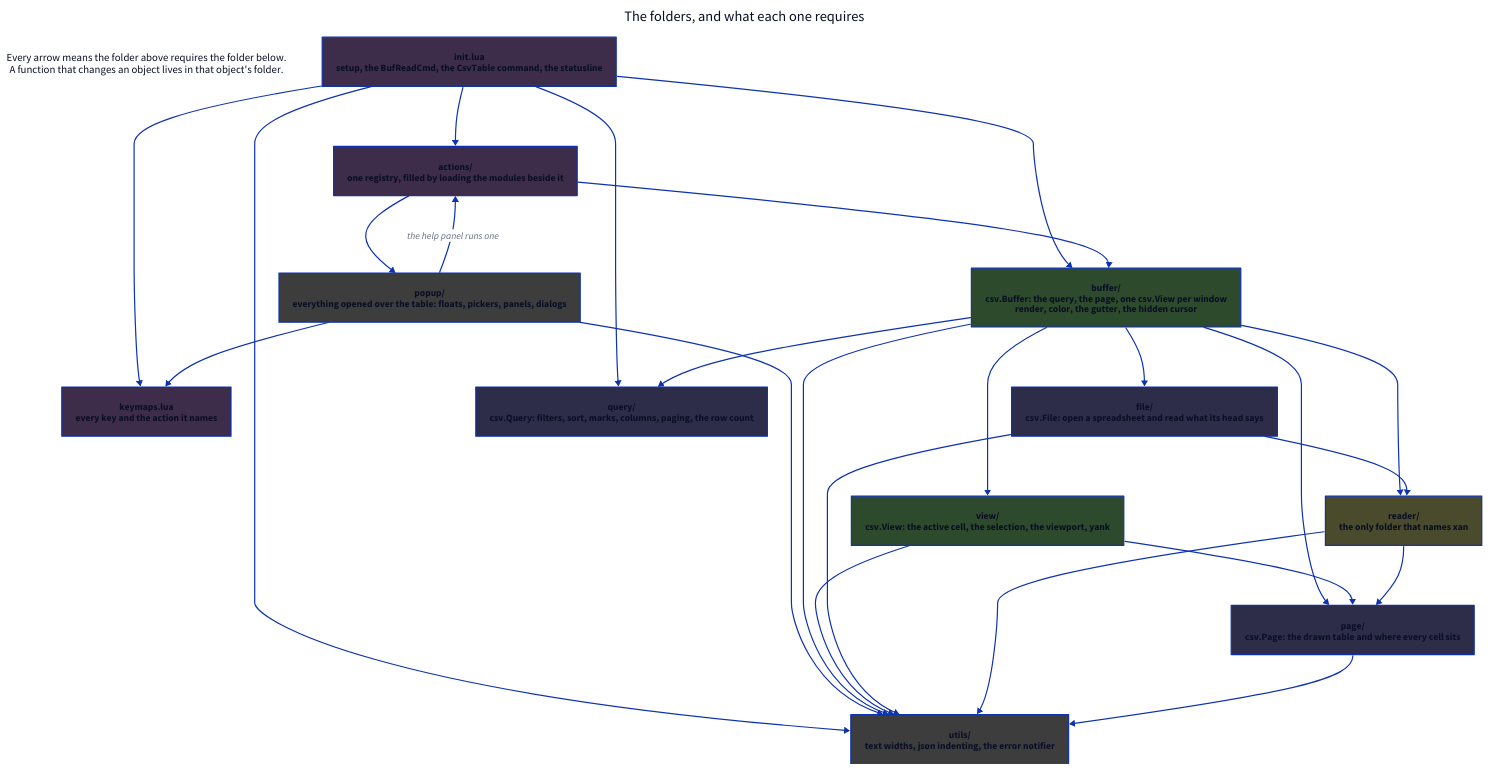
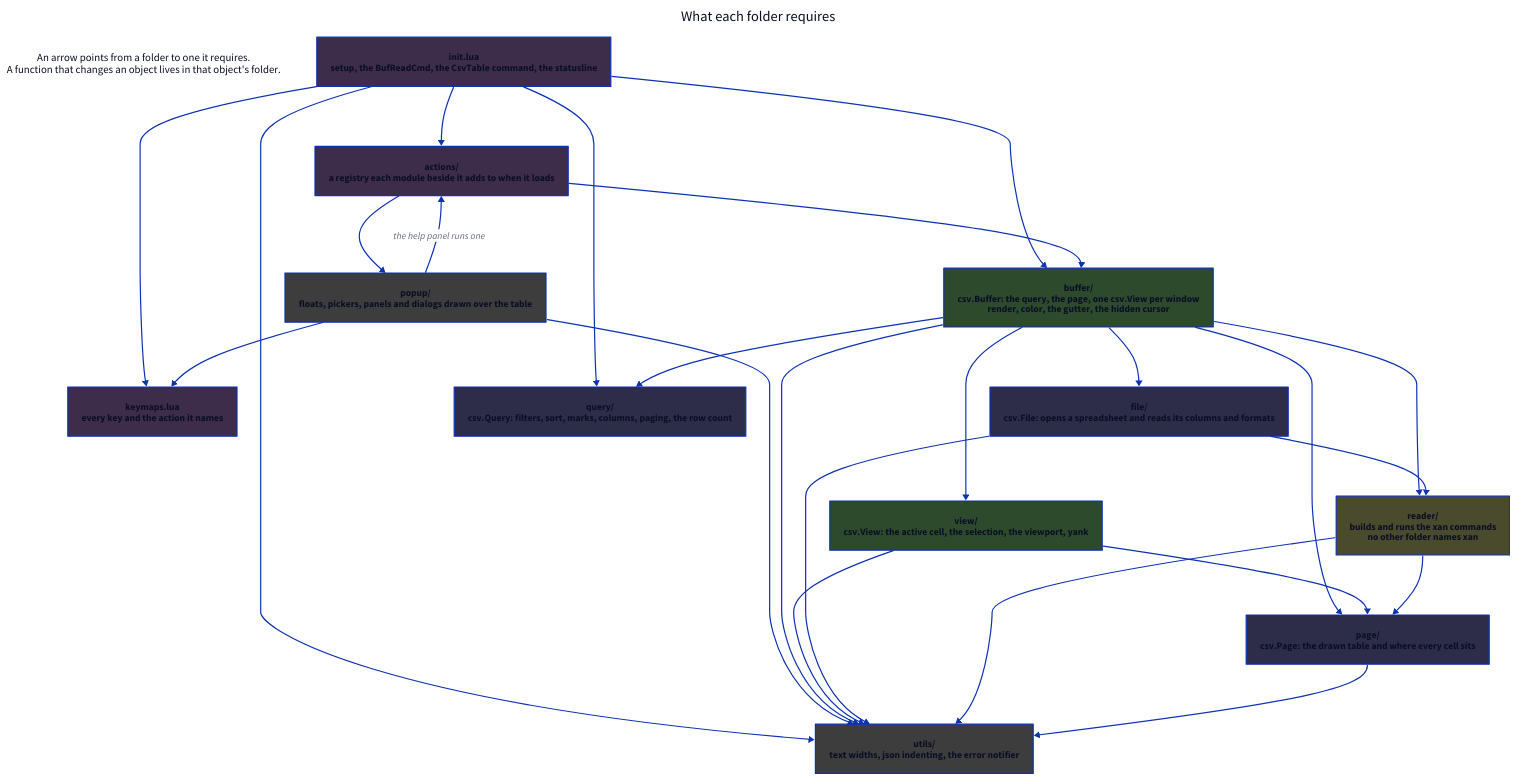
The diagram in docs/02-folders.d2 (cseickel/csv-table.nvim), drawn with D2 before and after one commit. The commit also changed 10 other files, not shown here.

First line of the commit message:
docs: reword diagram labels and document per-window state

```diff
--- a/docs/02-folders.d2
+++ b/docs/02-folders.d2
@@ -1,62 +1,62 @@
 direction: down
 
-title: The folders, and what each one requires {
+title: What each folder requires {
   near: top-center
   shape: text
   style.font-size: 24
 }
 
-rule: "Every arrow means the folder above requires the folder below.\nA function that changes an object lives in that object's folder." {
+rule: "An arrow points from a folder to one it requires.\nA function that changes an object lives in that object's folder." {
   shape: text
   style.font-size: 18
 }
 
 classes: {
   entry: {style.fill: "#3d2d4a"}
   data: {style.fill: "#2d2d4a"}
   run: {style.fill: "#4a4a2d"}
   draw: {style.fill: "#2d4a2d"}
   ui: {style.fill: "#3d3d3d"}
 }
 
 init: "init.lua\nsetup, the BufReadCmd, the CsvTable command, the statusline" {class: entry}
 keymaps: "keymaps.lua\nevery key and the action it names" {class: entry}
-actions: "actions/\none registry, filled by loading the modules beside it" {class: entry}
+actions: "actions/\na registry each module beside it adds to when it loads" {class: entry}
 
-popup: "popup/\neverything opened over the table: floats, pickers, panels, dialogs" {class: ui}
+popup: "popup/\nfloats, pickers, panels and dialogs drawn over the table" {class: ui}
 buffer: "buffer/\ncsv.Buffer: the query, the page, one csv.View per window\nrender, color, the gutter, the hidden cursor" {class: draw}
 view: "view/\ncsv.View: the active cell, the selection, the viewport, yank" {class: draw}
 
-file: "file/\ncsv.File: open a spreadsheet and read what its head says" {class: data}
+file: "file/\ncsv.File: opens a spreadsheet and reads its columns and formats" {class: data}
 query: "query/\ncsv.Query: filters, sort, marks, columns, paging, the row count" {class: data}
-reader: "reader/\nthe only folder that names xan" {class: run}
+reader: "reader/\nbuilds and runs the xan commands\nno other folder names xan" {class: run}
 page: "page/\ncsv.Page: the drawn table and where every cell sits" {class: data}
 utils: "utils/\ntext widths, json indenting, the error notifier" {class: ui}
 
 init -> actions
 init -> buffer
 init -> keymaps
 init -> query
 init -> utils
 
 actions -> buffer
 actions -> popup
 popup -> actions: the help panel runs one
 popup -> keymaps
 popup -> utils
 
 buffer -> file
 buffer -> query
 buffer -> page
 buffer -> reader
 buffer -> utils
 buffer -> view
 
 view -> page
 view -> utils
 
 file -> reader
 file -> utils
 reader -> page
 reader -> utils
 page -> utils
```
